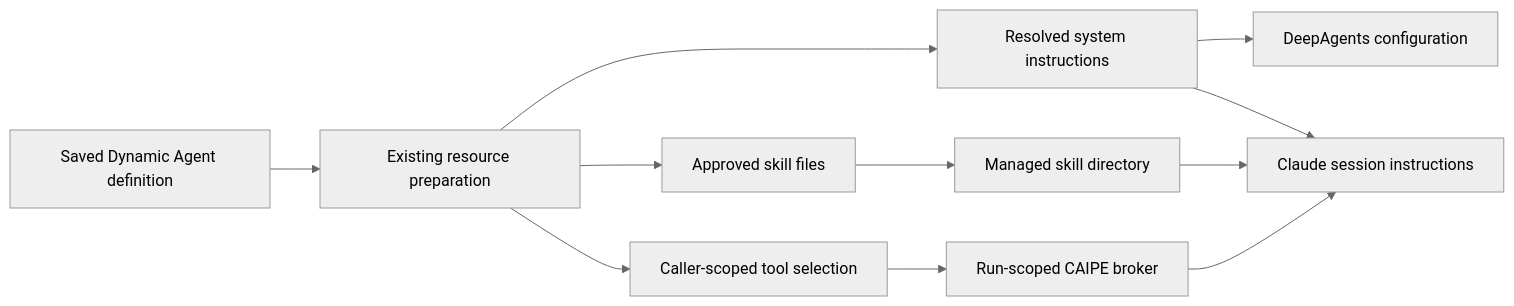
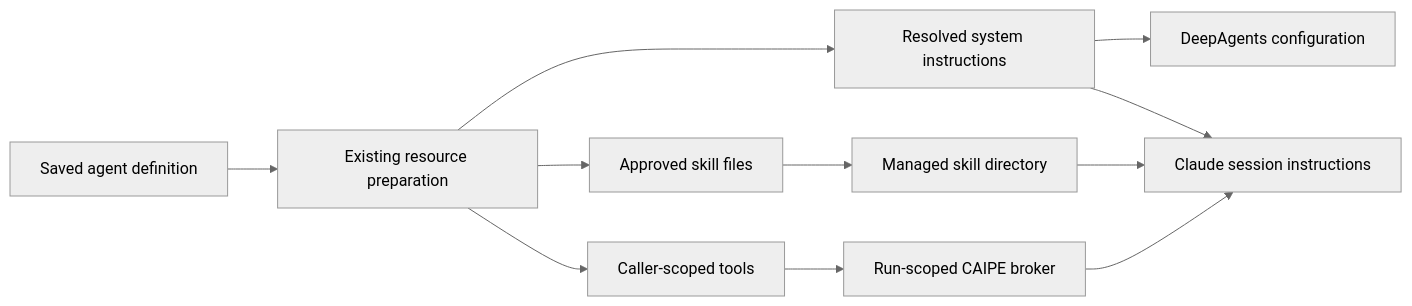
One commit to cnoe-io/ai-platform-engineering changed the third of 3 diagrams in docs/docs/architecture/native-acp-metaharness.md. Above: the diagram before and after it, drawn with Mermaid (neutral theme). The commit also changed other lines of this file and 8 other files, not shown here.

First line of the commit message:
refactor(dynamic-agents): expose supported ACP runtime models

````diff
--- a/docs/docs/architecture/native-acp-metaharness.md
+++ b/docs/docs/architecture/native-acp-metaharness.md
@@ -288,13 +140,13 @@
 ```mermaid
 flowchart LR
-  Definition[Saved Dynamic Agent definition] --> Prepare[Existing resource preparation]
-  Prepare --> Instructions[Resolved system instructions]
+  Definition[Saved agent definition] --> Prepare[Existing resource preparation]
+  Prepare --> Prompt[Resolved system instructions]
   Prepare --> Skills[Approved skill files]
-  Prepare --> Tools[Caller-scoped tool selection]
-  Instructions --> Native[DeepAgents configuration]
-  Instructions --> Harness[Claude session instructions]
-  Skills --> Workspace[Managed skill directory]
-  Workspace --> Harness
-  Tools --> Broker[Run-scoped CAIPE broker]
-  Broker --> Harness
+  Prepare --> Selection[Caller-scoped tools]
+  Prompt --> Managed[DeepAgents configuration]
+  Prompt --> Claude[Claude session instructions]
+  Skills --> Files[Managed skill directory]
+  Files --> Claude
+  Selection --> Broker[Run-scoped CAIPE broker]
+  Broker --> Claude
 ```
````
